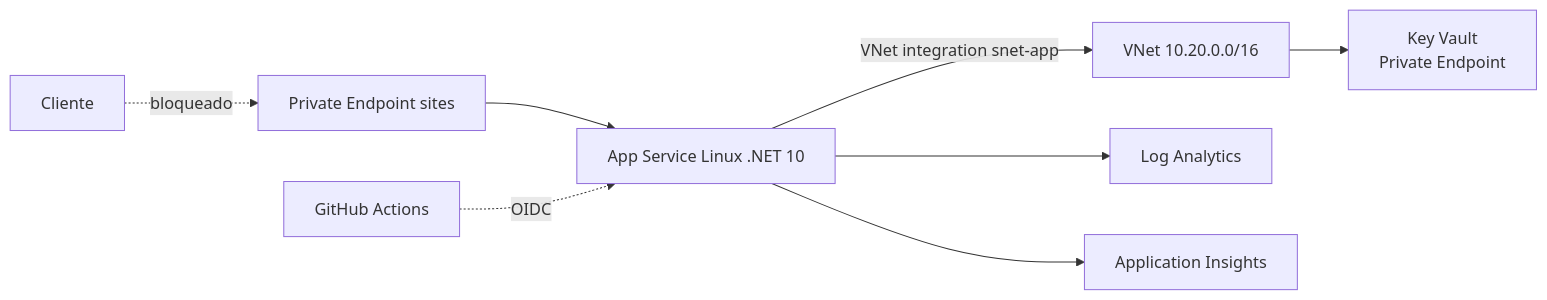
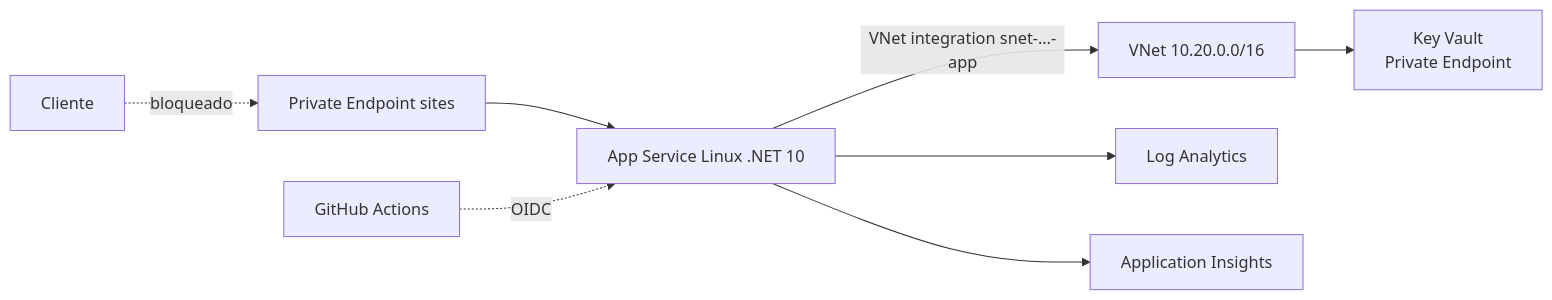
Before and after one commit to lanuzalorenzo/lab-api-local-azure: the diagram in docs/app-service.md, drawn with Mermaid. The commit also changed other lines of this file and 6 other files, not shown here.

````diff
--- a/docs/app-service.md
+++ b/docs/app-service.md
@@ -225,10 +229,10 @@
 ```mermaid
 flowchart LR
     U[Cliente] -.->|bloqueado| PE[Private Endpoint sites]
     PE --> APP[App Service Linux .NET 10]
-    APP -->|VNet integration snet-app| VNET[VNet 10.20.0.0/16]
+    APP -->|VNet integration snet-…-app| VNET[VNet 10.20.0.0/16]
     VNET --> KV[Key Vault<br/>Private Endpoint]
     APP --> LAW[Log Analytics]
     APP --> AI[Application Insights]
     GH[GitHub Actions] -.->|OIDC| APP
 ```
````
